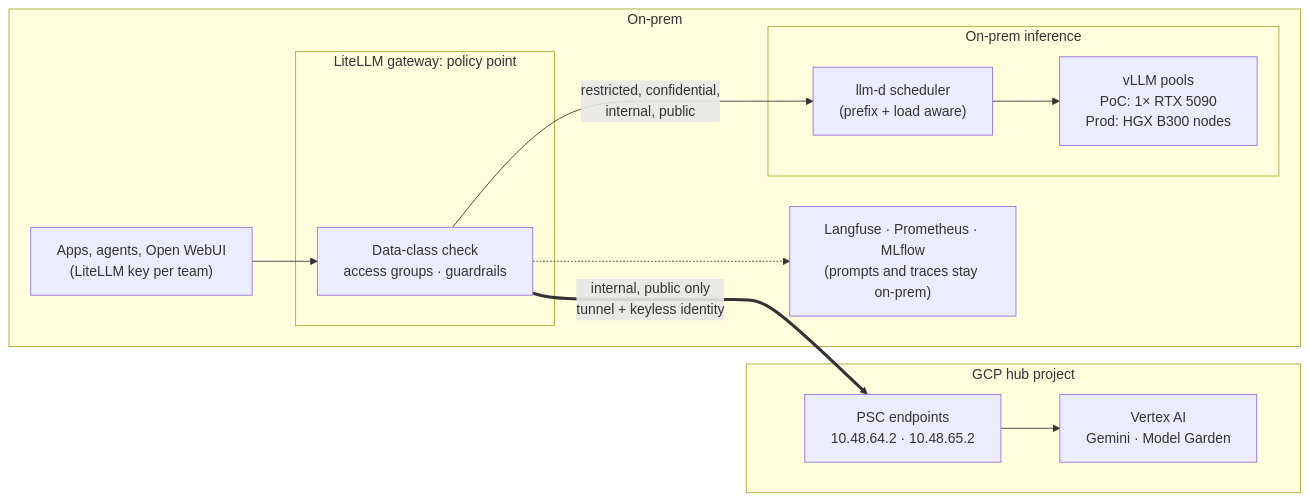
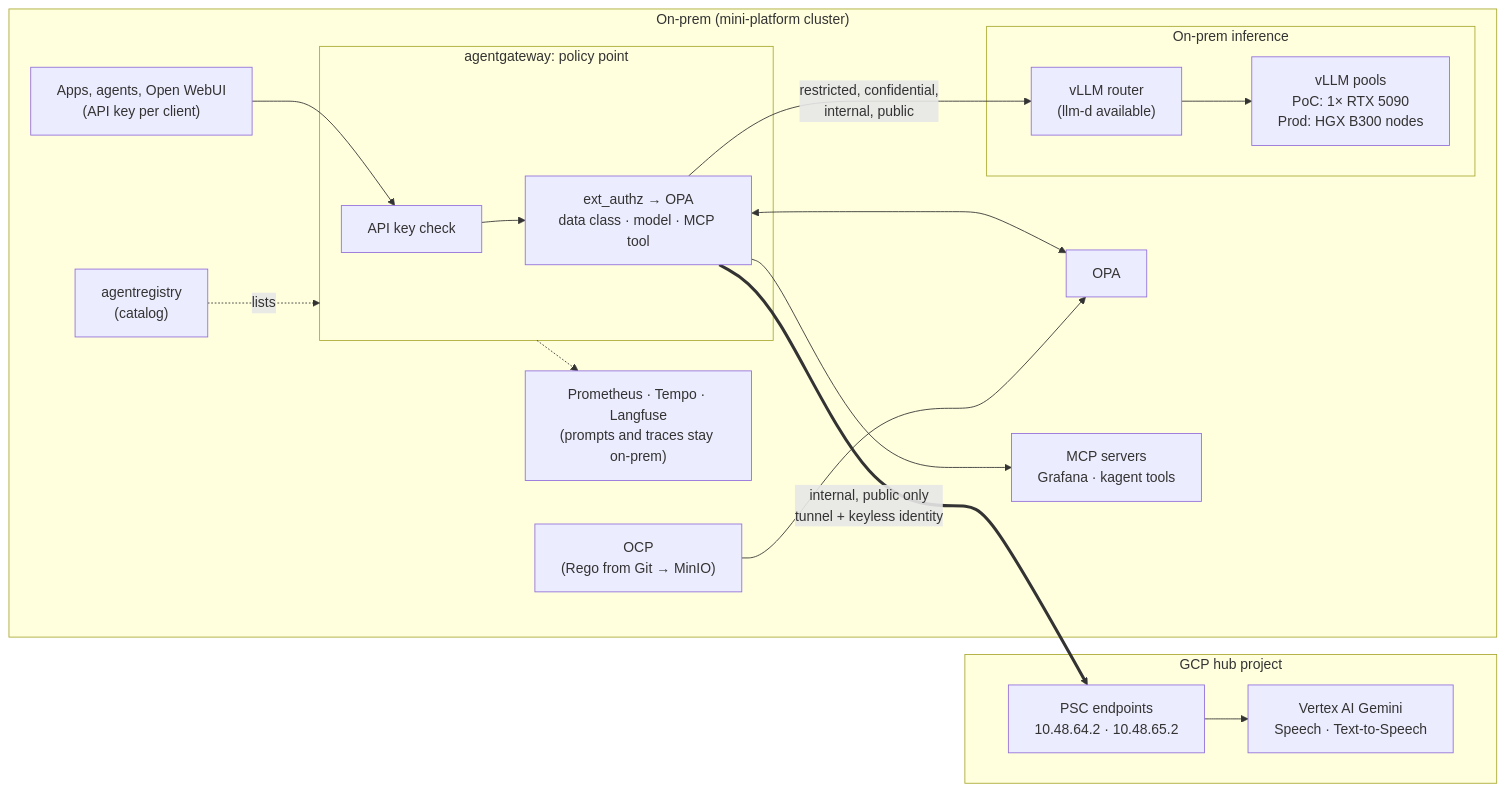
Before and after one commit to nolimitkun/mini-cloud: the diagram in docs/gcp/ai-inference.md, drawn with Mermaid. The commit also changed other lines of this file and 7 other files, not shown here.

Commit message:
docs(gcp): AI inference through agentgateway, OPA, OCP and agentregistry; drop LiteLLM's identity (#31)

````diff
--- a/docs/gcp/ai-inference.md
+++ b/docs/gcp/ai-inference.md
@@ -31,23 +41,32 @@
 ```mermaid
 flowchart LR
-    subgraph onprem["On-prem"]
-        apps["Apps, agents, Open WebUI<br/>(LiteLLM key per team)"]
-        subgraph gwbox["LiteLLM gateway: policy point"]
-            policy["Data-class check<br/>access groups · guardrails"]
+    subgraph onprem["On-prem (mini-platform cluster)"]
+        apps["Apps, agents, Open WebUI<br/>(API key per client)"]
+        subgraph gwbox["agentgateway: policy point"]
+            keys["API key check"]
+            authz["ext_authz → OPA<br/>data class · model · MCP tool"]
         end
+        opa["OPA"]
+        ocp["OCP<br/>(Rego from Git → MinIO)"]
+        reg["agentregistry<br/>(catalog)"]
+        mcp["MCP servers<br/>Grafana · kagent tools"]
         subgraph tier1["On-prem inference"]
-            sched["llm-d scheduler<br/>(prefix + load aware)"]
+            sched["vLLM router<br/>(llm-d available)"]
             vllm["vLLM pools<br/>PoC: 1× RTX 5090<br/>Prod: HGX B300 nodes"]
         end
-        obs["Langfuse · Prometheus · MLflow<br/>(prompts and traces stay on-prem)"]
+        obs["Prometheus · Tempo · Langfuse<br/>(prompts and traces stay on-prem)"]
     end
     subgraph gcp["GCP hub project"]
         psc["PSC endpoints<br/>10.48.64.2 · 10.48.65.2"]
-        vertex["Vertex AI<br/>Gemini · Model Garden"]
+        vertex["Vertex AI Gemini<br/>Speech · Text-to-Speech"]
     end
 
-    apps --> policy
-    policy -->|"restricted, confidential,<br/>internal, public"| sched --> vllm
-    policy ==>|"internal, public only<br/>tunnel + keyless identity"| psc --> vertex
-    policy -.-> obs
+    apps --> keys --> authz
+    authz <--> opa
+    ocp --> opa
+    reg -.->|"lists"| gwbox
+    authz -->|"restricted, confidential,<br/>internal, public"| sched --> vllm
+    authz ==>|"internal, public only<br/>tunnel + keyless identity"| psc --> vertex
+    authz --> mcp
+    gwbox -.-> obs
 ```
````
